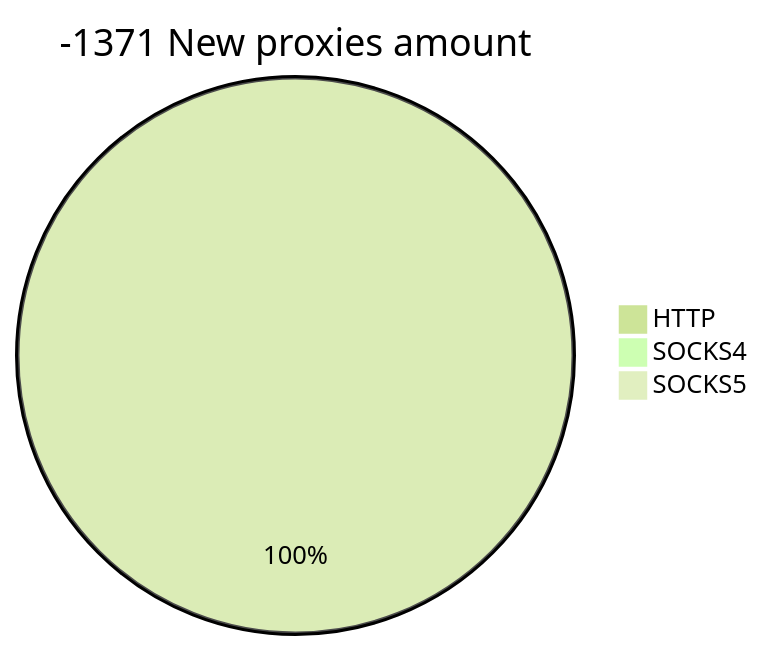
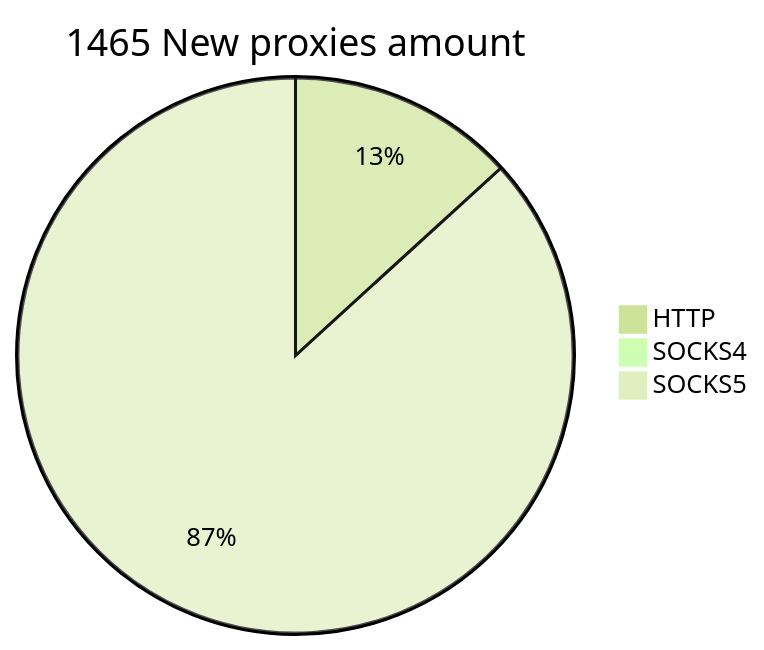
The second of 2 diagrams in README.md (cutipu/proxylist), drawn with Mermaid (forest theme) before and after one commit. The commit also changed other lines of this file, not shown here.

````diff
--- a/README.md
+++ b/README.md
@@ -10,6 +10,6 @@
 ```mermaid
-pie title -1371 New proxies amount
-    "HTTP" : 2
+pie title 1465 New proxies amount
+    "HTTP" : 206
     "SOCKS4" : 0
-    "SOCKS5" : 0
+    "SOCKS5" : 1351
 ```
````
